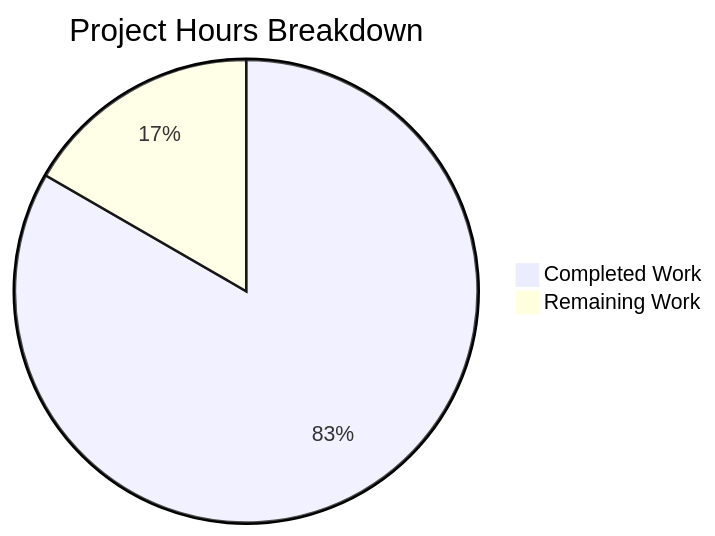
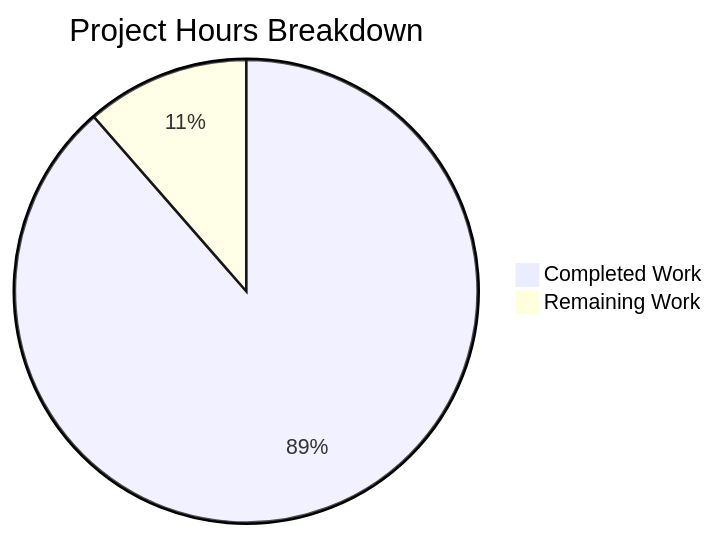
Before and after one commit to blitzy-public-samples/mfe-toolbox: the second of 2 diagrams in blitzy/documentation/Project Guide.md, drawn with Mermaid. The commit also changed other lines of this file, not shown here.

Commit message:
Adding Blitzy Project Guide: Project Status and Human Tasks Remaining

````diff
--- a/blitzy/documentation/Project Guide.md
+++ b/blitzy/documentation/Project Guide.md
@@ -177,5 +174,5 @@
 ```mermaid
 pie title Project Hours Breakdown
-    "Completed Work" : 30
-    "Remaining Work" : 6
+    "Completed Work" : 31
+    "Remaining Work" : 4
 ```
````
